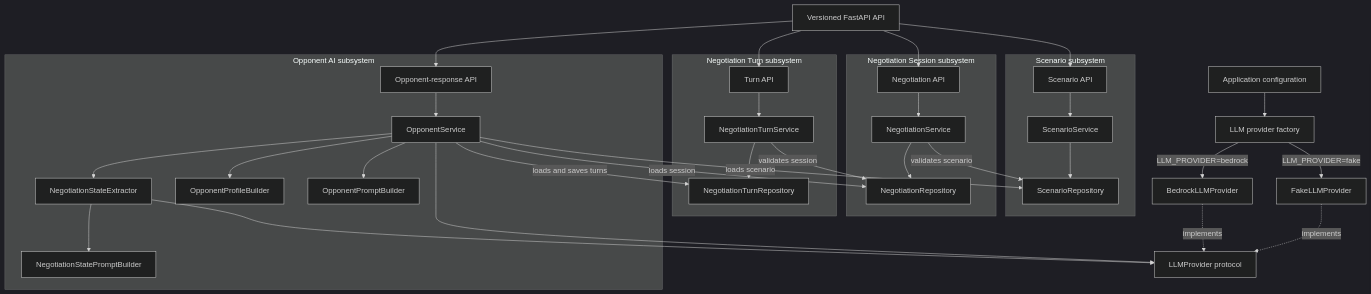
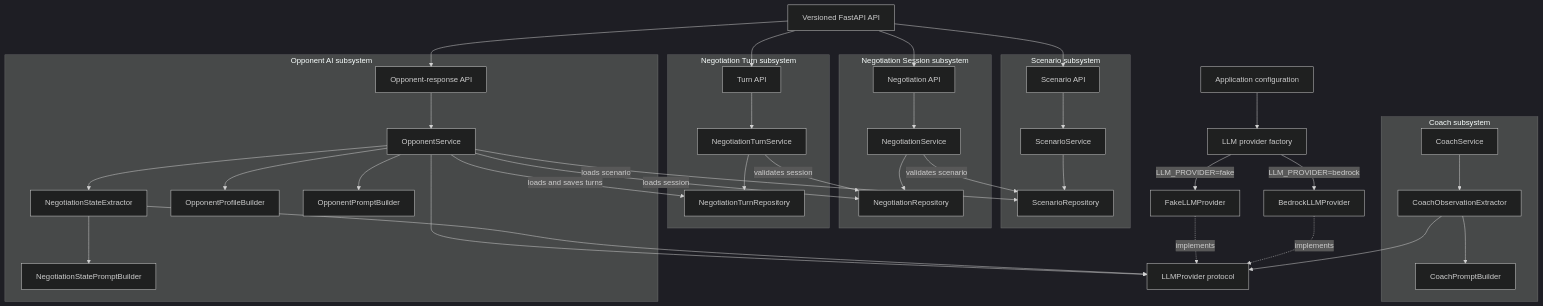
The diagram in README.md (bikash-singhal/negotia), drawn with Mermaid (dark theme) before and after one commit. The commit also changed other lines of this file and 10 other files, not shown here.

Commit message:
feat: add structured coach observation extraction

````diff
--- a/README.md
+++ b/README.md
@@ -54,68 +55,78 @@
 ```mermaid
 flowchart TD
     API["Versioned FastAPI API"]
     Config["Application configuration"]
     Factory["LLM provider factory"]
 
     subgraph Scenario["Scenario subsystem"]
         ScenarioAPI["Scenario API"]
         ScenarioService["ScenarioService"]
         ScenarioRepository["ScenarioRepository"]
         ScenarioAPI --> ScenarioService
         ScenarioService --> ScenarioRepository
     end
 
     subgraph Session["Negotiation Session subsystem"]
         SessionAPI["Negotiation API"]
         SessionService["NegotiationService"]
         NegotiationRepository["NegotiationRepository"]
         SessionAPI --> SessionService
         SessionService --> NegotiationRepository
         SessionService -->|"validates scenario"| ScenarioRepository
     end
 
     subgraph Turn["Negotiation Turn subsystem"]
         TurnAPI["Turn API"]
         TurnService["NegotiationTurnService"]
         TurnRepository["NegotiationTurnRepository"]
         TurnAPI --> TurnService
         TurnService --> TurnRepository
         TurnService -->|"validates session"| NegotiationRepository
     end
 
     subgraph Opponent["Opponent AI subsystem"]
         OpponentAPI["Opponent-response API"]
         OpponentService["OpponentService"]
         StateExtractor["NegotiationStateExtractor"]
         StatePrompt["NegotiationStatePromptBuilder"]
         ProfileBuilder["OpponentProfileBuilder"]
         PromptBuilder["OpponentPromptBuilder"]
 
         OpponentAPI --> OpponentService
         OpponentService --> StateExtractor
         StateExtractor --> StatePrompt
         OpponentService --> ProfileBuilder
         OpponentService --> PromptBuilder
         OpponentService -->|"loads scenario"| ScenarioRepository
         OpponentService -->|"loads session"| NegotiationRepository
         OpponentService -->|"loads and saves turns"| TurnRepository
     end
 
+    subgraph Coach["Coach subsystem"]
+        CoachService["CoachService"]
+        CoachExtractor["CoachObservationExtractor"]
+        CoachPrompt["CoachPromptBuilder"]
+
+        CoachService --> CoachExtractor
+        CoachExtractor --> CoachPrompt
+    end
+
     Provider["LLMProvider protocol"]
     Fake["FakeLLMProvider"]
     Bedrock["BedrockLLMProvider"]
 
     API --> ScenarioAPI
     API --> SessionAPI
     API --> TurnAPI
     API --> OpponentAPI
 
     Config --> Factory
     Factory -->|"LLM_PROVIDER=fake"| Fake
     Factory -->|"LLM_PROVIDER=bedrock"| Bedrock
 
     OpponentService --> Provider
     StateExtractor --> Provider
+    CoachExtractor --> Provider
     Fake -.->|"implements"| Provider
     Bedrock -.->|"implements"| Provider
 ```
````
